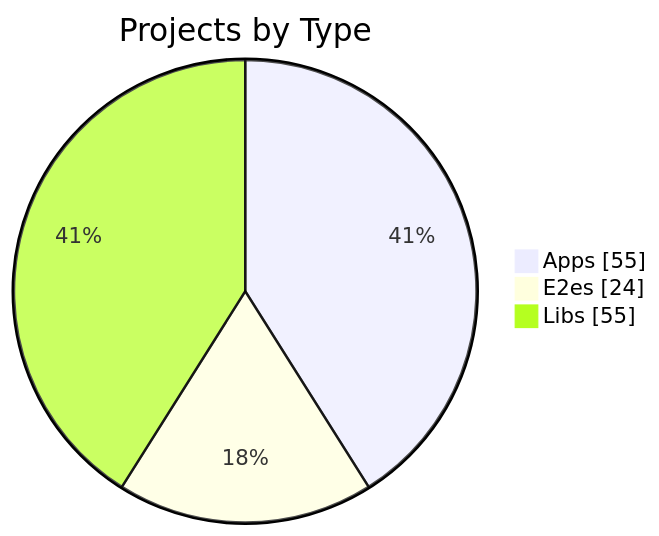
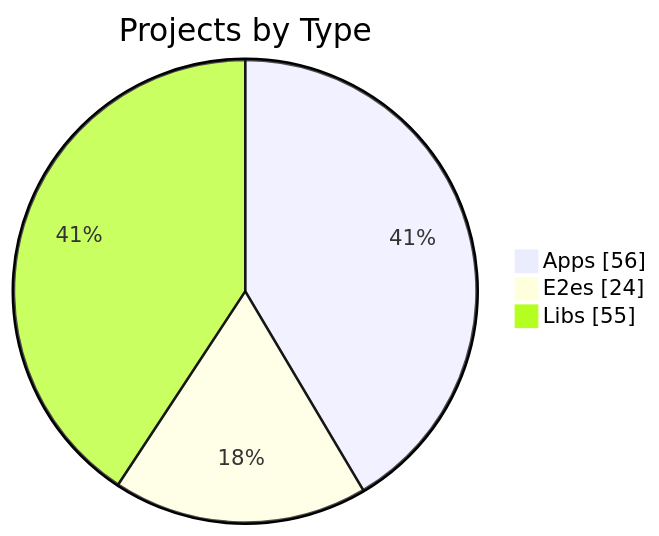
Before and after one commit to KBVE/kbve: the first of 3 diagrams in apps/kbve/astro-kbve/src/content/docs/dashboard/graph.mdx, drawn with Mermaid. The commit also changed other lines of this file and 8 other files, not shown here.

````diff
--- a/apps/kbve/astro-kbve/src/content/docs/dashboard/graph.mdx
+++ b/apps/kbve/astro-kbve/src/content/docs/dashboard/graph.mdx
@@ -56,7 +56,7 @@
 ```mermaid
 pie showData
     title Projects by Type
-    "Apps" : 55
+    "Apps" : 56
     "E2es" : 24
     "Libs" : 55
 ```
````
